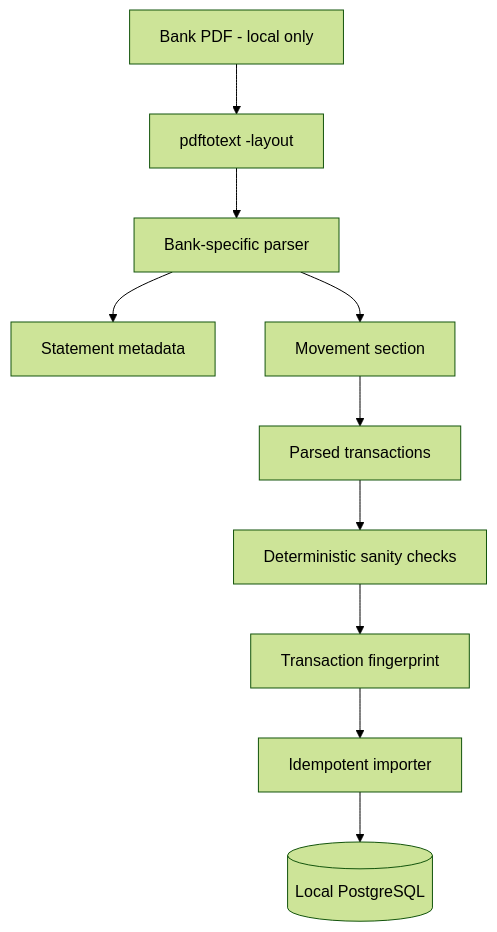
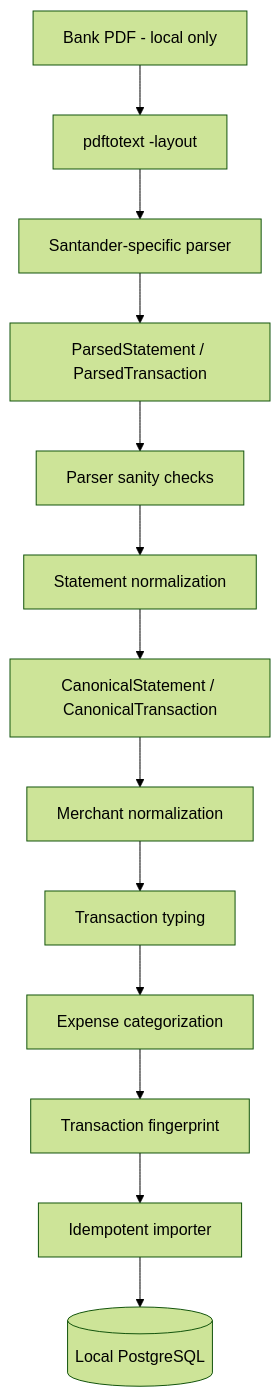
Before and after one commit to daniel-carneiro-nascimento/sherlock-home: the first of 2 diagrams in docs/financial-data-flow.md, drawn with Mermaid (forest theme). The commit also changed other lines of this file and 25 other files, not shown here.

Commit message:
Document transaction typing and expense taxonomy

````diff
--- a/docs/financial-data-flow.md
+++ b/docs/financial-data-flow.md
@@ -7,13 +7,16 @@
 ```mermaid
 flowchart TD
     PDF[Bank PDF - local only]
     PDF --> TEXT[pdftotext -layout]
-    TEXT --> PARSER[Bank-specific parser]
-    PARSER --> META[Statement metadata]
-    PARSER --> MOV[Movement section]
-    MOV --> TX[Parsed transactions]
-    TX --> CHECK[Deterministic sanity checks]
-    CHECK --> FP[Transaction fingerprint]
+    TEXT --> PARSER[Santander-specific parser]
+    PARSER --> PARSED[ParsedStatement / ParsedTransaction]
+    PARSED --> CHECK[Parser sanity checks]
+    CHECK --> NORMALIZE[Statement normalization]
+    NORMALIZE --> CANON[CanonicalStatement / CanonicalTransaction]
+    CANON --> MERCHANT[Merchant normalization]
+    MERCHANT --> TYPE[Transaction typing]
+    TYPE --> CATEGORY[Expense categorization]
+    CATEGORY --> FP[Transaction fingerprint]
     FP --> IMPORT[Idempotent importer]
     IMPORT --> DB[(Local PostgreSQL)]
 ```
````
